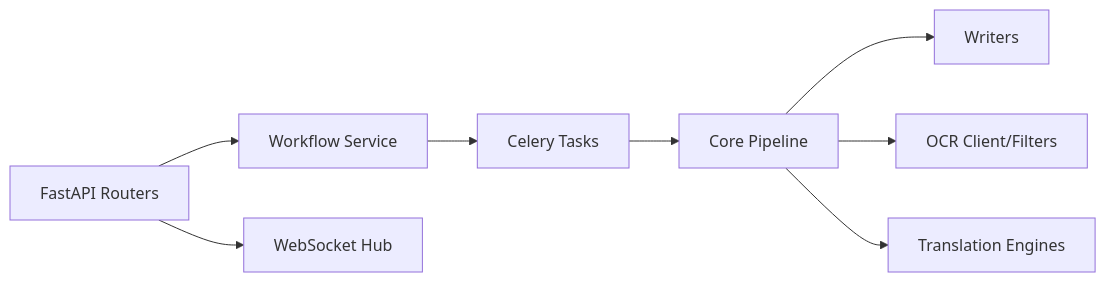
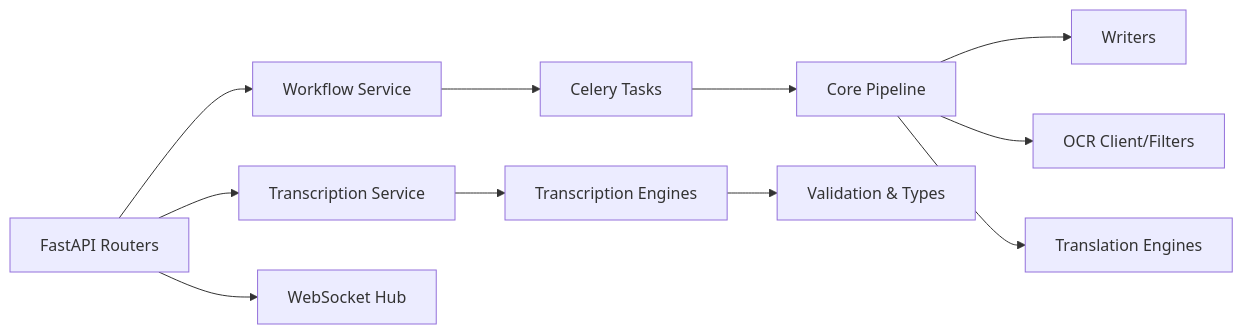
The third of 3 diagrams in .qoder/repowiki/en/content/System Architecture/System Overview.md (Sifr-r/LocalDeepL), drawn with Mermaid before and after one commit. The commit also changed other lines of this file and 104 other files, not shown here.

````diff
--- a/.qoder/repowiki/en/content/System Architecture/System Overview.md
+++ b/.qoder/repowiki/en/content/System Architecture/System Overview.md
@@ -388,10 +416,13 @@
 ```mermaid
 graph LR
 API["FastAPI Routers"] --> SVC["Workflow Service"]
+API --> TSVC["Transcription Service"]
 SVC --> CEL["Celery Tasks"]
 CEL --> PIPE["Core Pipeline"]
 PIPE --> WR["Writers"]
 PIPE --> OCR["OCR Client/Filters"]
 PIPE --> TR["Translation Engines"]
+TSVC --> TE["Transcription Engines"]
+TE --> TV["Validation & Types"]
 API --> WS["WebSocket Hub"]
 ```
````
